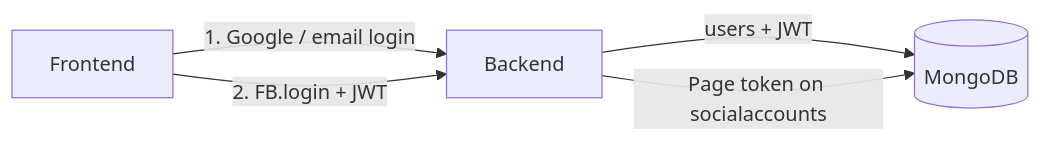
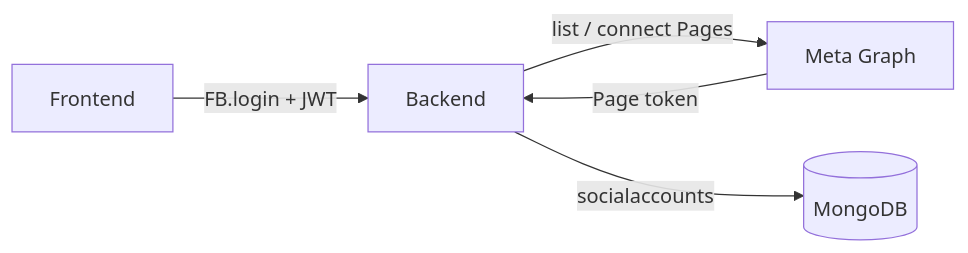
Before and after one commit to TanakaChidemo/SteadyPost: the second of 2 diagrams in docs/ARCHITECTURE.md, drawn with Mermaid. The commit also changed other lines of this file, not shown here.

Commit message:
split OAuth / Meta diagram

````diff
--- a/docs/ARCHITECTURE.md
+++ b/docs/ARCHITECTURE.md
@@ -32,11 +58,12 @@
 ```mermaid
 flowchart LR
   FE[Frontend]
   API[Backend]
+  M[Meta Graph]
   DB[(MongoDB)]
 
-  FE -->|"1. Google / email login"| API
-  API -->|"users + JWT"| DB
-  FE -->|"2. FB.login + JWT"| API
-  API -->|"Page token on socialaccounts"| DB
+  FE -->|FB.login + JWT| API
+  API -->|list / connect Pages| M
+  M -->|Page token| API
+  API -->|socialaccounts| DB
 ```
````
